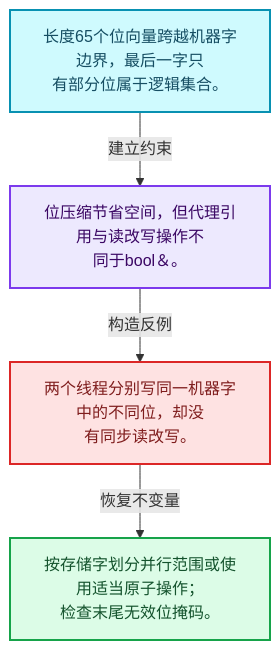
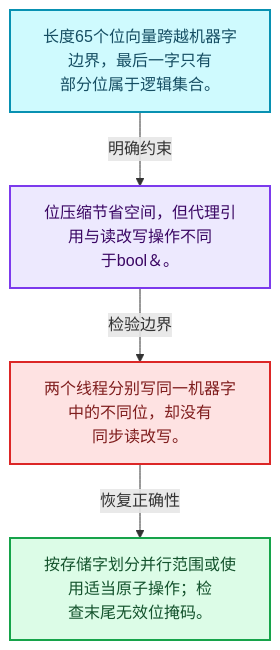
One commit to yunkezengren/blender-.vscode changed the first of 4 diagrams in 杂/markdown/全面学习-codex/01-基础容器与现代CPP/19-BitSpan与BitVector.md. Above: the diagram before and after it, drawn with Mermaid. The commit also changed other lines of this file and 1930 other files, not shown here.

````diff
--- a/杂/markdown/全面学习-codex/01-基础容器与现代CPP/19-BitSpan与BitVector.md
+++ b/杂/markdown/全面学习-codex/01-基础容器与现代CPP/19-BitSpan与BitVector.md
@@ -29,16 +29,16 @@
 ```mermaid
 flowchart TB
-  M["长度65个位向量跨越机器字边界，最后一字只<br/>有部分位属于逻辑集合。"]:::data
-  T["位压缩节省空间，但代理引用与读改写操作不<br/>同于bool＆。"]:::abstraction
-  X["两个线程分别写同一机器字中的不同位，却没<br/>有同步读改写。"]:::error
-  A["按存储字划分并行范围或使用适当原子操作；<br/>检查末尾无效位掩码。"]:::result
-  M -->|"建立约束"| T
-  T -->|"构造反例"| X
-  X -->|"恢复不变量"| A
+  M["长度65个位向量跨越机器字边界，最后一字只有<br/>部分位属于逻辑集合。"]:::data
+  C["位压缩节省空间，但代理引用与读改写操作不同<br/>于bool＆。"]:::abstraction
+  B["两个线程分别写同一机器字中的不同位，却没有<br/>同步读改写。"]:::error
+  R["按存储字划分并行范围或使用适当原子操作；检<br/>查末尾无效位掩码。"]:::result
+  M -->|"明确约束"| C
+  C -->|"检验边界"| B
+  B -->|"恢复正确性"| R
   classDef input fill:#DBEAFE,stroke:#2563EB,color:#172554,stroke-width:2px;
   classDef data fill:#CFFAFE,stroke:#0891B2,color:#164E63,stroke-width:2px;
   classDef abstraction fill:#EDE9FE,stroke:#7C3AED,color:#3B0764,stroke-width:2px;
   classDef compute fill:#FEF3C7,stroke:#D97706,color:#78350F,stroke-width:2px;
   classDef result fill:#DCFCE7,stroke:#16A34A,color:#14532D,stroke-width:2px;
   classDef error fill:#FEE2E2,stroke:#DC2626,color:#7F1D1D,stroke-width:2px;
 ```
````
